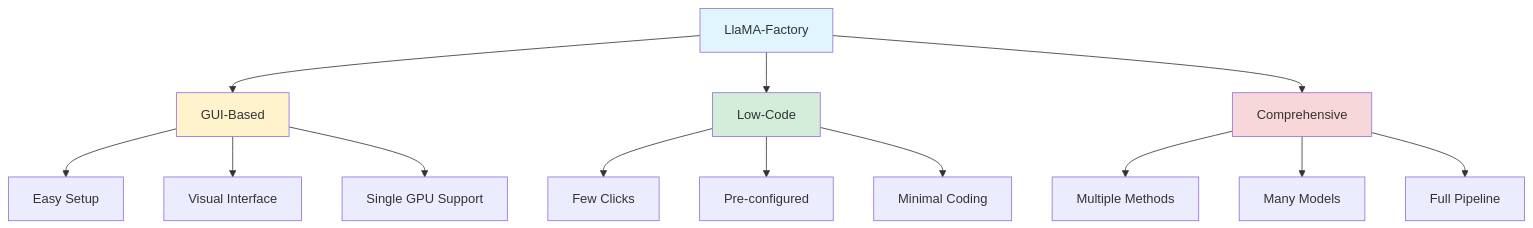
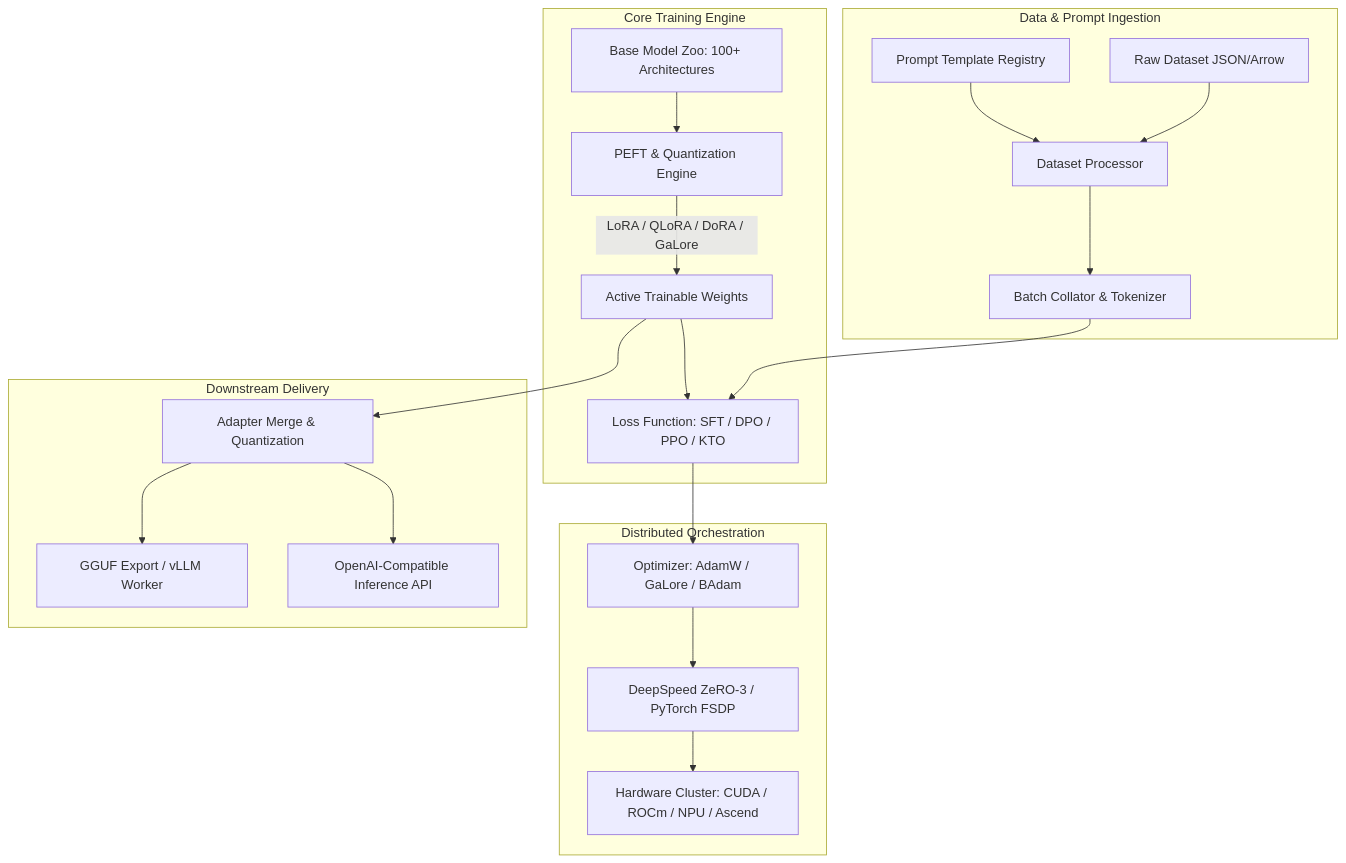
One commit to akillness/akillness.github.io changed the diagram in _posts/2024/05/2024-05-01-llama-factory.md. Above: the diagram before and after it, drawn with Mermaid. The commit also changed other lines of this file and 1 other file, not shown here.

Commit message:
archive(dev): rebuild llama-factory from 2024-05 note

````diff
--- a/_posts/2024/05/2024-05-01-llama-factory.md
+++ b/_posts/2024/05/2024-05-01-llama-factory.md
@@ -30,23 +57,27 @@
 ```mermaid
-graph TB
-    A[LlaMA-Factory] --> B[GUI-Based]
-    A --> C[Low-Code]
-    A --> D[Comprehensive]
-    
-    B --> B1[Easy Setup]
-    B --> B2[Visual Interface]
-    B --> B3[Single GPU Support]
-    
-    C --> C1[Few Clicks]
-    C --> C2[Pre-configured]
-    C --> C3[Minimal Coding]
-    
-    D --> D1[Multiple Methods]
-    D --> D2[Many Models]
-    D --> D3[Full Pipeline]
-    
-    style A fill:#e1f5ff
-    style B fill:#fff3cd
-    style C fill:#d4edda
-    style D fill:#f8d7da
+flowchart TD
+    subgraph Data & Prompt Ingestion
+        D[Raw Dataset JSON/Arrow] --> P[Dataset Processor]
+        T[Prompt Template Registry] --> P
+        P --> B[Batch Collator & Tokenizer]
+    end
+
+    subgraph Core Training Engine
+        M[Base Model Zoo: 100+ Architectures] --> PEFT[PEFT & Quantization Engine]
+        PEFT -->|LoRA / QLoRA / DoRA / GaLore| W[Active Trainable Weights]
+        B --> Loss[Loss Function: SFT / DPO / PPO / KTO]
+        W --> Loss
+    end
+
+    subgraph Distributed Orchestration
+        Loss --> Opt[Optimizer: AdamW / GaLore / BAdam]
+        Opt --> Dist[DeepSpeed ZeRO-3 / PyTorch FSDP]
+        Dist --> GPU[Hardware Cluster: CUDA / ROCm / NPU / Ascend]
+    end
+
+    subgraph Downstream Delivery
+        W --> Merge[Adapter Merge & Quantization]
+        Merge --> GGUF[GGUF Export / vLLM Worker]
+        Merge --> API[OpenAI-Compatible Inference API]
+    end
 ```
````
